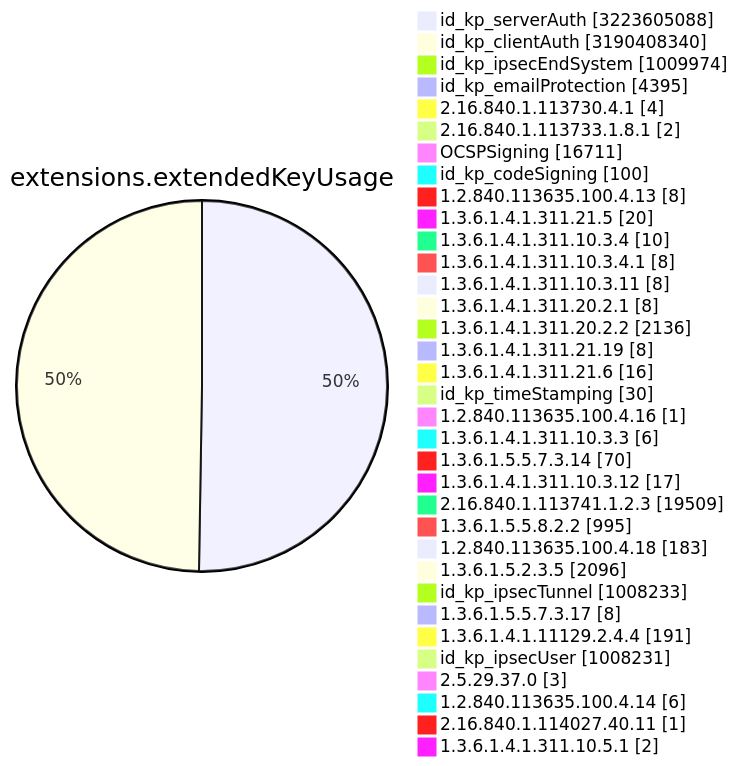
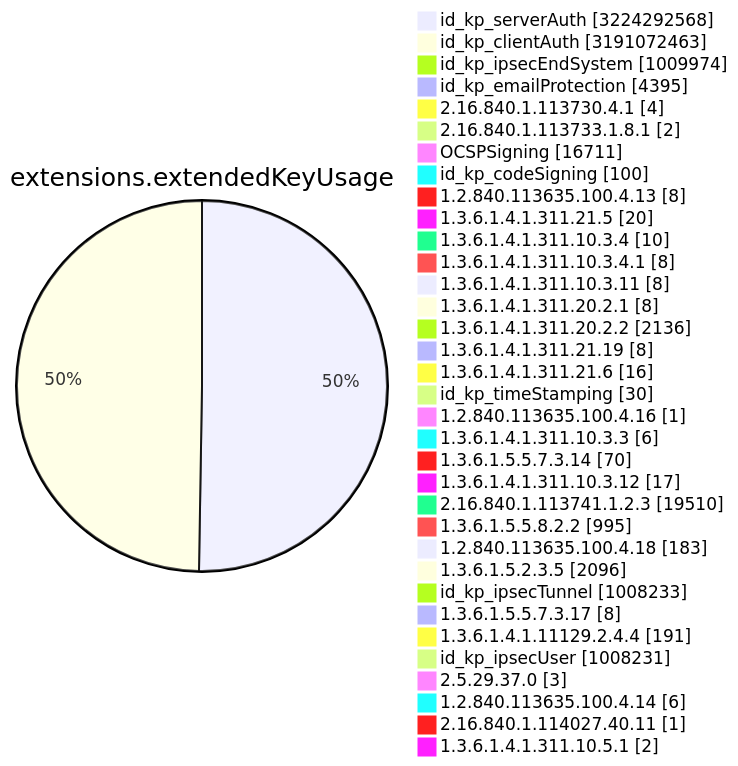
Diagram 11 of 15 in TOTAL/README.md (christiankrug/ctmonitor_visualization), drawn with Mermaid before and after one commit. The commit also changed other lines of this file, not shown here.

````diff
--- a/TOTAL/README.md
+++ b/TOTAL/README.md
@@ -4119,38 +4119,38 @@
 ```mermaid
 pie showData
 title extensions.extendedKeyUsage
-"id_kp_serverAuth" :3223605088
-"id_kp_clientAuth" :3190408340
+"id_kp_serverAuth" :3224292568
+"id_kp_clientAuth" :3191072463
 "id_kp_ipsecEndSystem" :1009974
 "id_kp_emailProtection" :4395
 "2.16.840.1.113730.4.1" :4
 "2.16.840.1.113733.1.8.1" :2
 "OCSPSigning" :16711
 "id_kp_codeSigning" :100
 "1.2.840.113635.100.4.13" :8
 "1.3.6.1.4.1.311.21.5" :20
 "1.3.6.1.4.1.311.10.3.4" :10
 "1.3.6.1.4.1.311.10.3.4.1" :8
 "1.3.6.1.4.1.311.10.3.11" :8
 "1.3.6.1.4.1.311.20.2.1" :8
 "1.3.6.1.4.1.311.20.2.2" :2136
 "1.3.6.1.4.1.311.21.19" :8
 "1.3.6.1.4.1.311.21.6" :16
 "id_kp_timeStamping" :30
 "1.2.840.113635.100.4.16" :1
 "1.3.6.1.4.1.311.10.3.3" :6
 "1.3.6.1.5.5.7.3.14" :70
 "1.3.6.1.4.1.311.10.3.12" :17
-"2.16.840.1.113741.1.2.3" :19509
+"2.16.840.1.113741.1.2.3" :19510
 "1.3.6.1.5.5.8.2.2" :995
 "1.2.840.113635.100.4.18" :183
 "1.3.6.1.5.2.3.5" :2096
 "id_kp_ipsecTunnel" :1008233
 "1.3.6.1.5.5.7.3.17" :8
 "1.3.6.1.4.1.11129.2.4.4" :191
 "id_kp_ipsecUser" :1008231
 "2.5.29.37.0" :3
 "1.2.840.113635.100.4.14" :6
 "2.16.840.1.114027.40.11" :1
 "1.3.6.1.4.1.311.10.5.1" :2
 ```
````
